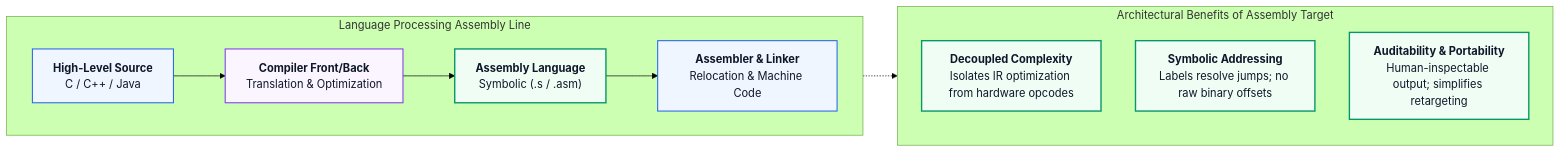
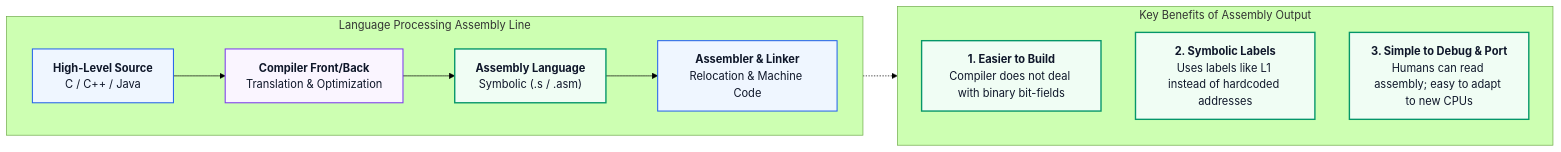
Before and after one commit to MithunDu404/LRNMetarials: the second of 9 diagrams in academics/compiler/Compiler_Design_PYQ_Master_Solutions.md, drawn with Mermaid (forest theme). The commit also changed other lines of this file, not shown here.

Commit message:
feat(compiler): simplify language across Compiler Design PYQ solutions for student readability and memorization

````diff
--- a/academics/compiler/Compiler_Design_PYQ_Master_Solutions.md
+++ b/academics/compiler/Compiler_Design_PYQ_Master_Solutions.md
@@ -210,22 +212,22 @@
 ```mermaid
 flowchart LR
     subgraph Pipeline ["Language Processing Assembly Line"]
         direction LR
         src["<b>High-Level Source</b><br/>C / C++ / Java"]:::primary --> comp["<b>Compiler Front/Back</b><br/>Translation & Optimization"]:::intermediate
         comp --> asm["<b>Assembly Language</b><br/>Symbolic (.s / .asm)"]:::target
         asm --> link["<b>Assembler & Linker</b><br/>Relocation & Machine Code"]:::primary
     end
 
-    subgraph Advantages ["Architectural Benefits of Assembly Target"]
+    subgraph Advantages ["Key Benefits of Assembly Output"]
         direction TB
-        adv1["<b>Decoupled Complexity</b><br/>Isolates IR optimization from hardware opcodes"]:::target
-        adv2["<b>Symbolic Addressing</b><br/>Labels resolve jumps; no raw binary offsets"]:::target
-        adv3["<b>Auditability & Portability</b><br/>Human-inspectable output; simplifies retargeting"]:::target
+        adv1["<b>1. Easier to Build</b><br/>Compiler does not deal with binary bit-fields"]:::target
+        adv2["<b>2. Symbolic Labels</b><br/>Uses labels like L1 instead of hardcoded addresses"]:::target
+        adv3["<b>3. Simple to Debug & Port</b><br/>Humans can read assembly; easy to adapt to new CPUs"]:::target
     end
 
     asm -.-> Advantages
 
     classDef primary fill:#EFF6FF,stroke:#2563EB,stroke-width:1.5px,color:#0F172A;
     classDef intermediate fill:#FAF5FF,stroke:#7C3AED,stroke-width:1.5px,color:#0F172A;
     classDef target fill:#F0FDF4,stroke:#059669,stroke-width:2px,color:#0F172A;
 ```
````
